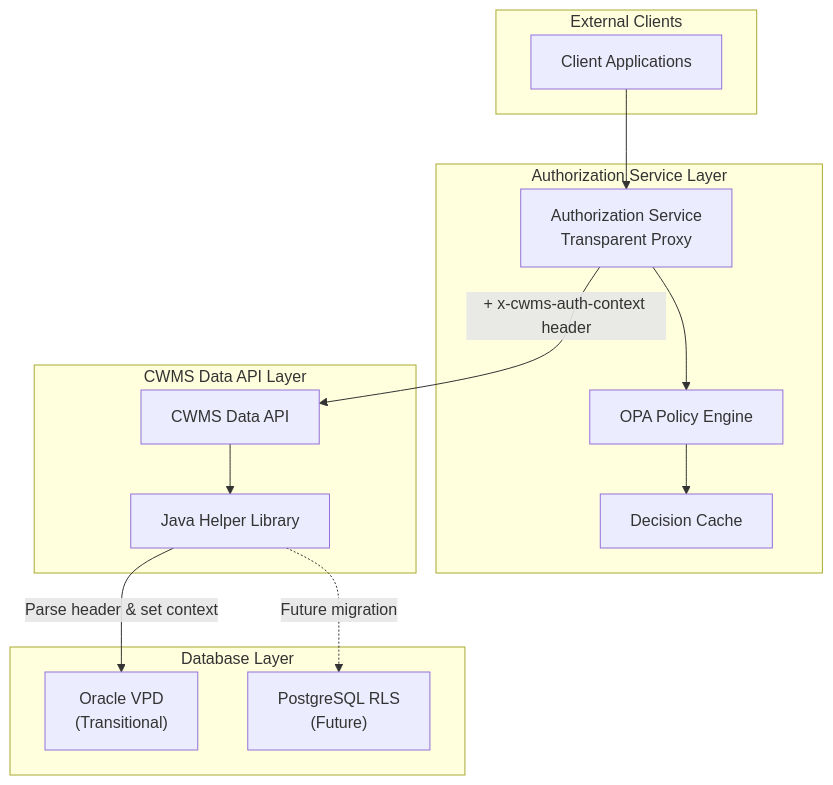
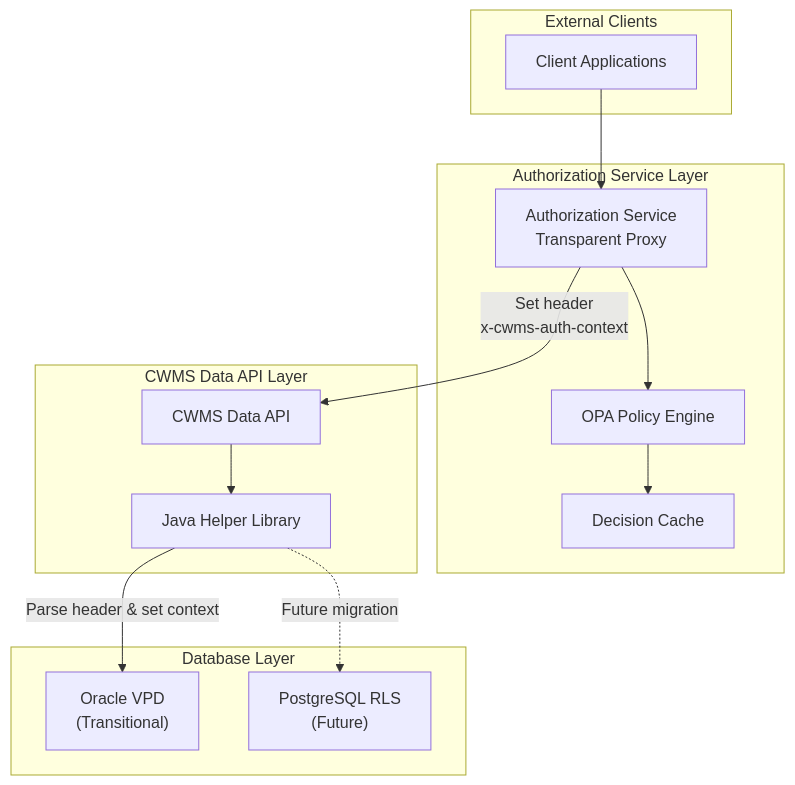
One commit to USACE/cwms-data-api changed the diagram in docs/authorization-report/RptSec7-ComparativeAnalysis.md. Above: the diagram before and after it, drawn with Mermaid. The commit also changed other lines of this file, not shown here.

Commit message:
Fix Mermaid Diagram in RptSec7-ComparativeAnalysis.md
Fix mermaid diagram

````diff
--- a/docs/authorization-report/RptSec7-ComparativeAnalysis.md
+++ b/docs/authorization-report/RptSec7-ComparativeAnalysis.md
@@ -271,30 +271,30 @@
 ```mermaid
 flowchart TB
     subgraph "External Clients"
         Client[Client Applications]
     end
 
     subgraph "Authorization Service Layer"
         AuthService[Authorization Service<br/>Transparent Proxy]
         OPA[OPA Policy Engine]
         Cache[Decision Cache]
     end
 
     subgraph "CWMS Data API Layer"
         API[CWMS Data API]
         Helper[Java Helper Library]
     end
 
     subgraph "Database Layer"
         VPD["Oracle VPD<br/>(Transitional)"]
         RLS["PostgreSQL RLS<br/>(Future)"]
     end
 
     Client --> AuthService
     AuthService --> OPA
     OPA --> Cache
-    AuthService -->|"+ x-cwms-auth-context header"| API
+    AuthService -->|"Set header<br/>x-cwms-auth-context"| API
     API --> Helper
     Helper -->|"Parse header & set context"| VPD
     Helper -.->|"Future migration"| RLS
 ```
````
